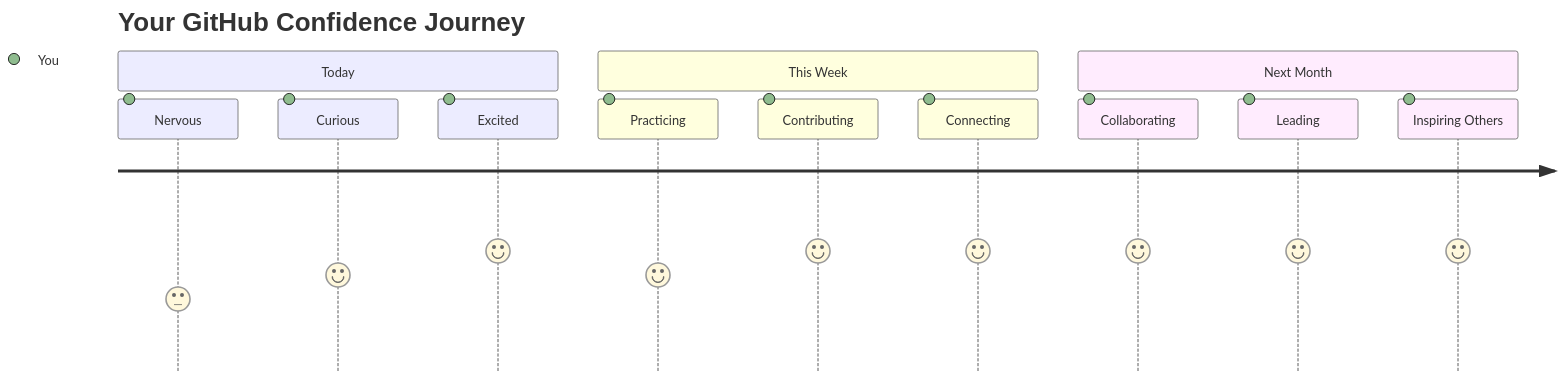
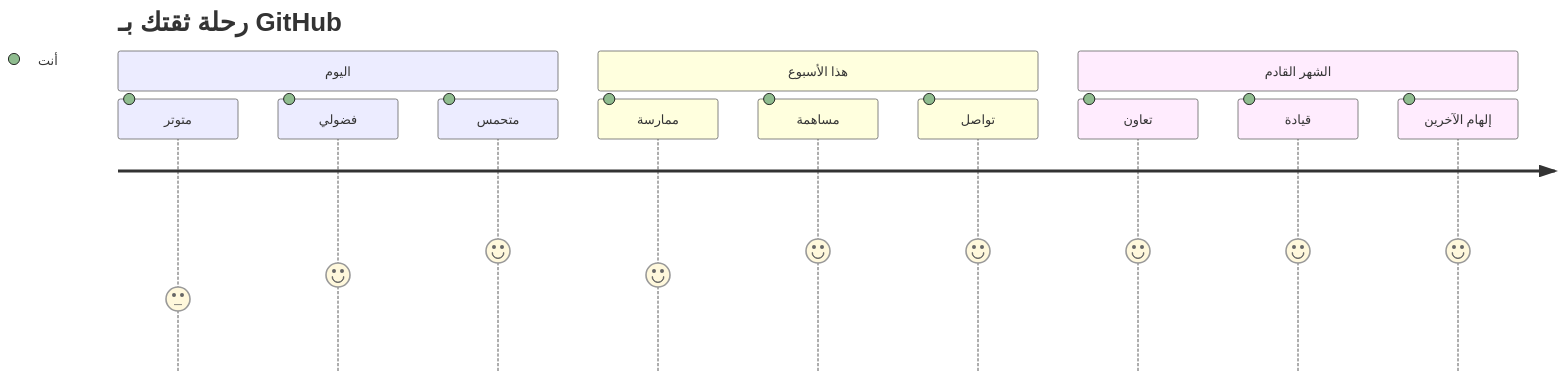
The seventh of 7 diagrams in translations/ar/1-getting-started-lessons/2-github-basics/README.md (microsoft/Web-Dev-For-Beginners), drawn with Mermaid before and after one commit. The commit also changed other lines of this file and 11 other files, not shown here.

````diff
--- a/translations/ar/1-getting-started-lessons/2-github-basics/README.md
+++ b/translations/ar/1-getting-started-lessons/2-github-basics/README.md
@@ -753,16 +749,16 @@
 ```mermaid
 journey
-    title Your GitHub Confidence Journey
-    section Today
-      Nervous: 3: You
-      Curious: 4: You
-      Excited: 5: You
-    section This Week
-      Practicing: 4: You
-      Contributing: 5: You
-      Connecting: 5: You
-    section Next Month
-      Collaborating: 5: You
-      Leading: 5: You
-      Inspiring Others: 5: You
+    title رحلة ثقتك بـ GitHub
+    section اليوم
+      متوتر: 3: أنت
+      فضولي: 4: أنت
+      متحمس: 5: أنت
+    section هذا الأسبوع
+      ممارسة: 4: أنت
+      مساهمة: 5: أنت
+      تواصل: 5: أنت
+    section الشهر القادم
+      تعاون: 5: أنت
+      قيادة: 5: أنت
+      إلهام الآخرين: 5: أنت
 ```
````
